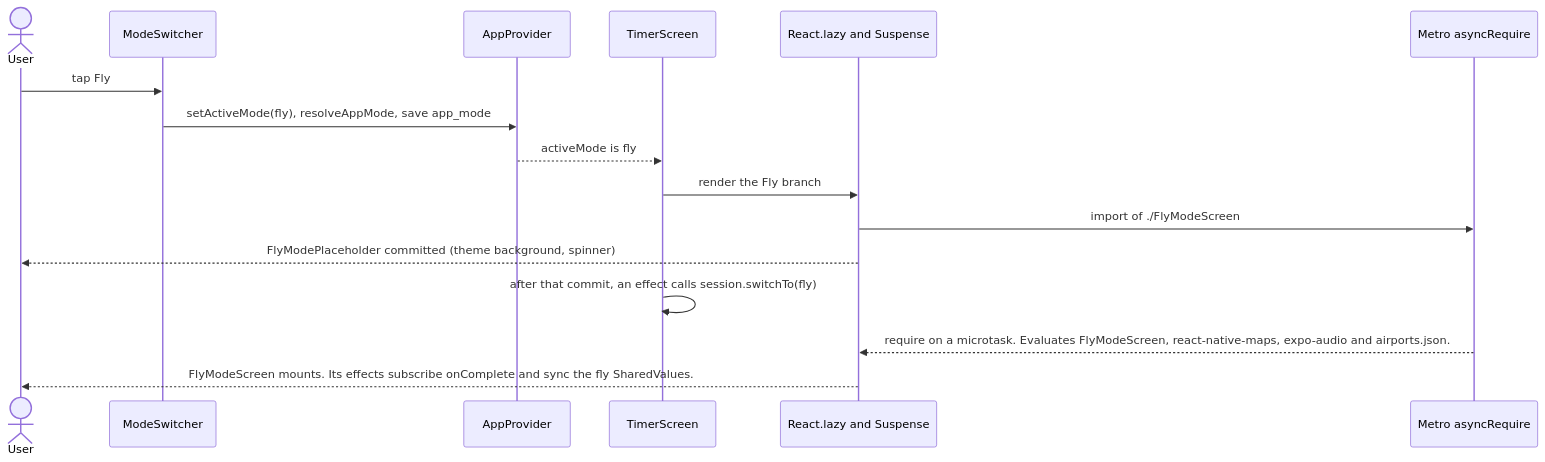
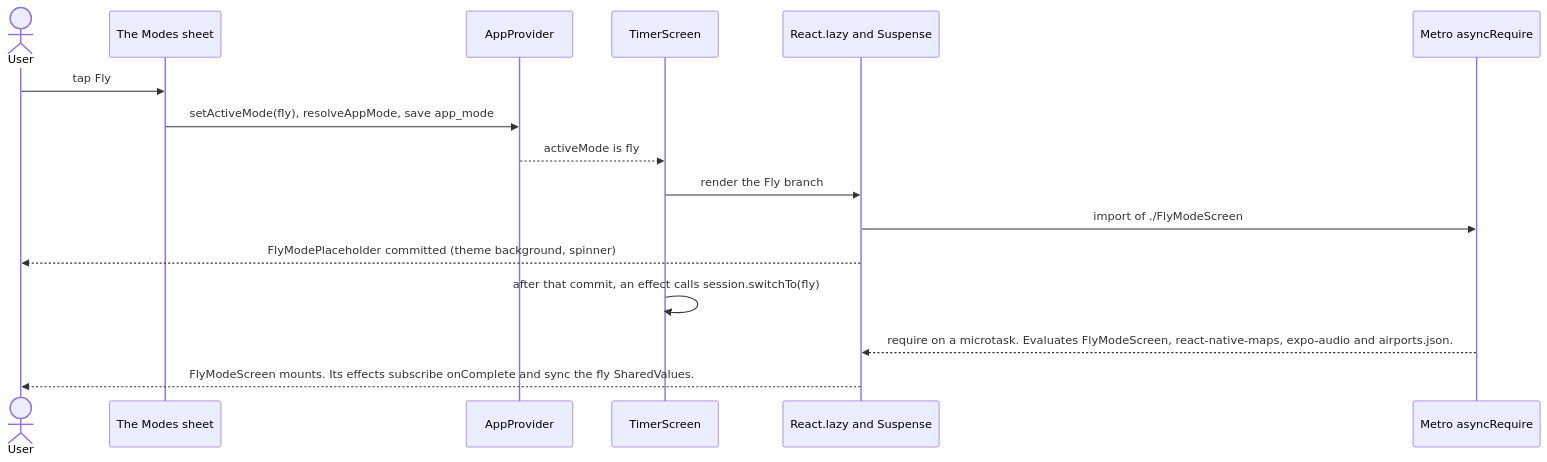
Before and after one commit to mertefesensoy/valentine-pomodoro: the ninth of 11 diagrams in docs/architecture/ARCHITECTURE.md, drawn with Mermaid. The commit also changed other lines of this file and 15 other files, not shown here.

````diff
--- a/docs/architecture/ARCHITECTURE.md
+++ b/docs/architecture/ARCHITECTURE.md
@@ -494,18 +506,18 @@
 ```mermaid
 sequenceDiagram
     actor U as User
-    participant MS as ModeSwitcher
+    participant MS as The Modes sheet
     participant AP as AppProvider
     participant TS as TimerScreen
     participant R as React.lazy and Suspense
     participant M as Metro asyncRequire
     U->>MS: tap Fly
     MS->>AP: setActiveMode(fly), resolveAppMode, save app_mode
     AP-->>TS: activeMode is fly
     TS->>R: render the Fly branch
     R->>M: import of ./FlyModeScreen
     R-->>U: FlyModePlaceholder committed (theme background, spinner)
     TS->>TS: after that commit, an effect calls session.switchTo(fly)
     M-->>R: require on a microtask. Evaluates FlyModeScreen, react-native-maps, expo-audio and airports.json.
     R-->>U: FlyModeScreen mounts. Its effects subscribe onComplete and sync the fly SharedValues.
 ```
````
